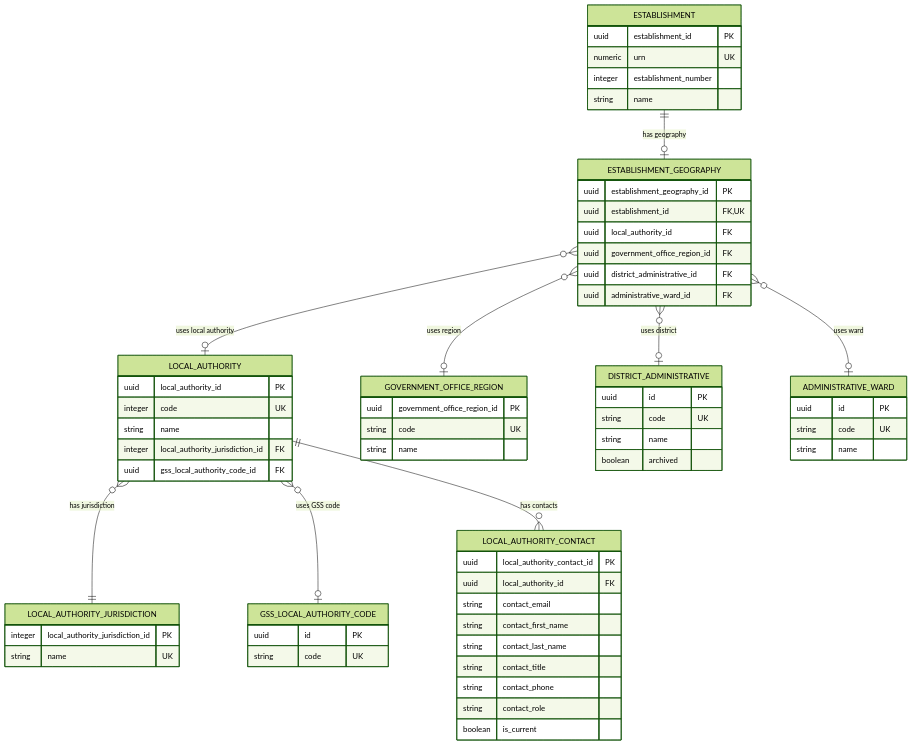
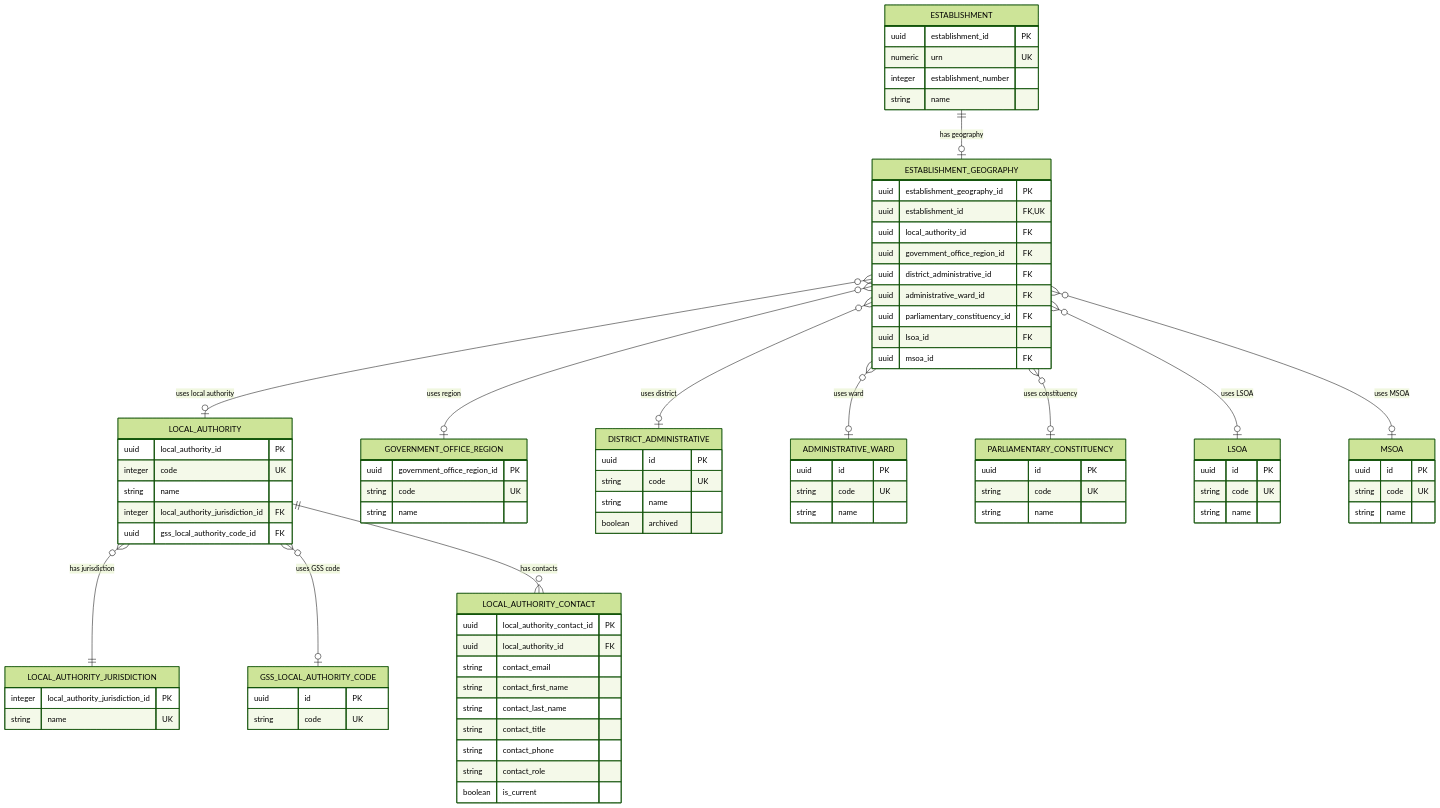
The diagram in models/logical/establishment/geography.md (DFE-Digital/education-provider-registry-docs), drawn with Mermaid (forest theme) before and after one commit. The commit also changed other lines of this file and 25 other files, not shown here.

Commit message:
lsoa and msoa

```diff
--- a/models/logical/establishment/geography.md
+++ b/models/logical/establishment/geography.md
@@ -27,6 +28,9 @@
     ESTABLISHMENT_GEOGRAPHY }o--o| GOVERNMENT_OFFICE_REGION : "uses region"
     ESTABLISHMENT_GEOGRAPHY }o--o| DISTRICT_ADMINISTRATIVE : "uses district"
     ESTABLISHMENT_GEOGRAPHY }o--o| ADMINISTRATIVE_WARD : "uses ward"
+    ESTABLISHMENT_GEOGRAPHY }o--o| PARLIAMENTARY_CONSTITUENCY : "uses constituency"
+    ESTABLISHMENT_GEOGRAPHY }o--o| LSOA : "uses LSOA"
+    ESTABLISHMENT_GEOGRAPHY }o--o| MSOA : "uses MSOA"
     LOCAL_AUTHORITY }o--|| LOCAL_AUTHORITY_JURISDICTION : "has jurisdiction"
     LOCAL_AUTHORITY }o--o| GSS_LOCAL_AUTHORITY_CODE : "uses GSS code"
     LOCAL_AUTHORITY ||--o{ LOCAL_AUTHORITY_CONTACT : "has contacts"
@@ -45,6 +49,9 @@
         uuid government_office_region_id FK
         uuid district_administrative_id FK
         uuid administrative_ward_id FK
+        uuid parliamentary_constituency_id FK
+        uuid lsoa_id FK
+        uuid msoa_id FK
     }
 
     GOVERNMENT_OFFICE_REGION {
@@ -61,6 +68,24 @@
     }
 
     ADMINISTRATIVE_WARD {
+        uuid id PK
+        string code UK
+        string name
+    }
+
+    PARLIAMENTARY_CONSTITUENCY {
+        uuid id PK
+        string code UK
+        string name
+    }
+
+    LSOA {
+        uuid id PK
+        string code UK
+        string name
+    }
+
+    MSOA {
         uuid id PK
         string code UK
         string name
```
